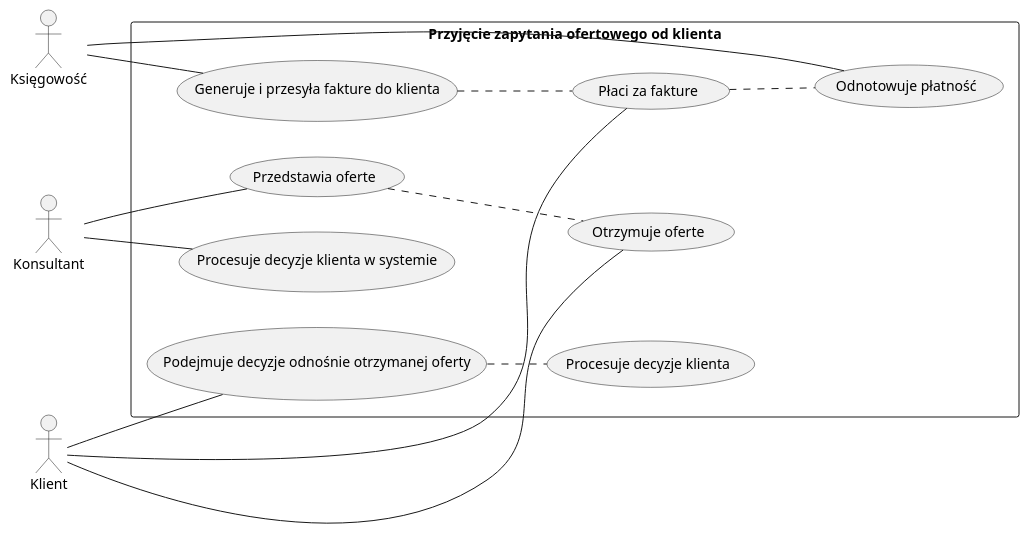
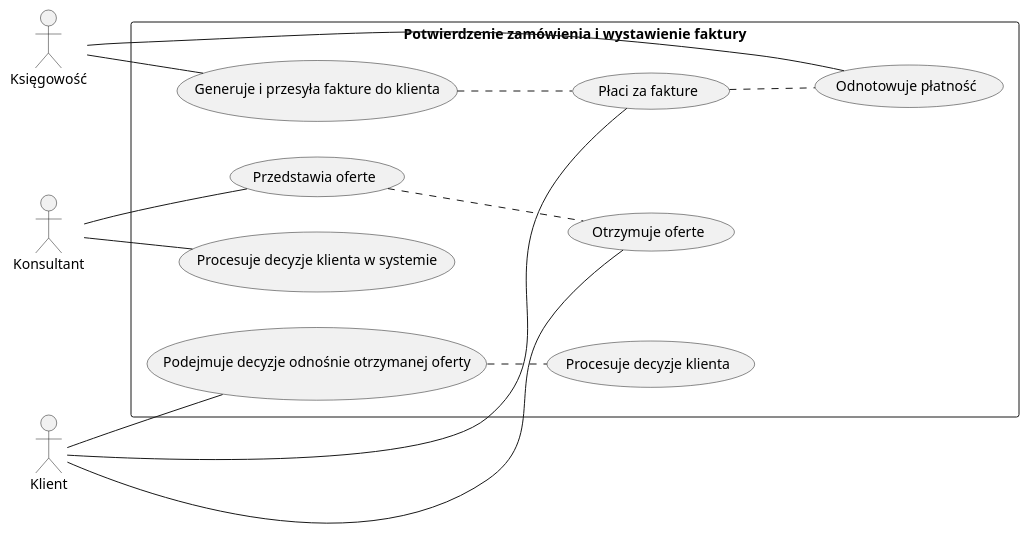
The eighth of 20 diagrams in src/Projekt systemu.md (pixellos/Agh.5.Psi), drawn with PlantUML before and after one commit. The commit also changed other lines of this file, not shown here.

````diff
--- a/src/Projekt systemu.md
+++ b/src/Projekt systemu.md
@@ -1062,22 +1062,22 @@
 ```plantuml test
 @startuml
 left to right direction
 skinparam packageStyle rectangle
 actor Konsultant
 actor Klient
 actor Księgowość
-rectangle "Przyjęcie zapytania ofertowego od klienta" {
+rectangle "Potwierdzenie zamówienia i wystawienie faktury" {
   (Przedstawia oferte) .. (Otrzymuje oferte)
   (Podejmuje decyzje odnośnie otrzymanej oferty) .. (Procesuje decyzje klienta)
   (Generuje i przesyła fakture do klienta) .. (Płaci za fakture)
   (Płaci za fakture) .. (Odnotowuje płatność)
   Konsultant -- (Przedstawia oferte)
   Konsultant -- (Procesuje decyzje klienta w systemie)
   Klient -- (Otrzymuje oferte)
   Klient -- (Podejmuje decyzje odnośnie otrzymanej oferty)
   Klient -- (Płaci za fakture)
   Księgowość -- (Generuje i przesyła fakture do klienta)
   Księgowość -- (Odnotowuje płatność)
 }
 @enduml
 ```
````
